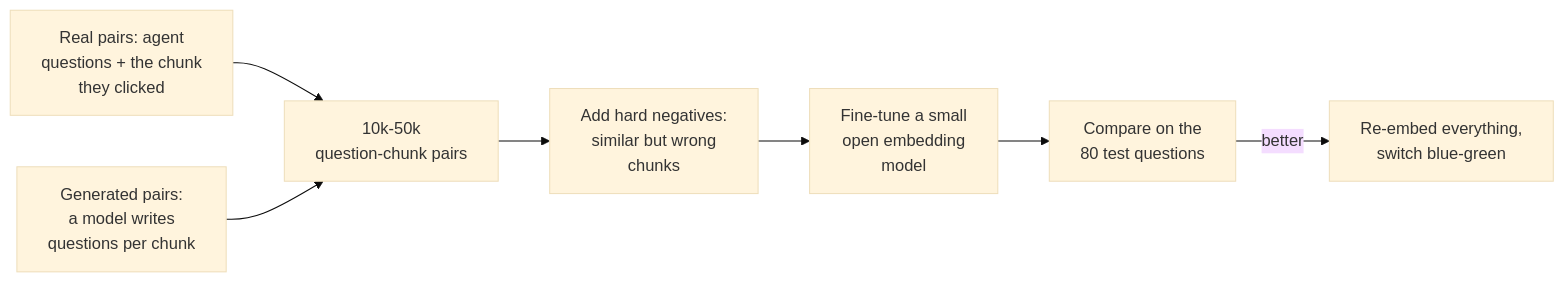
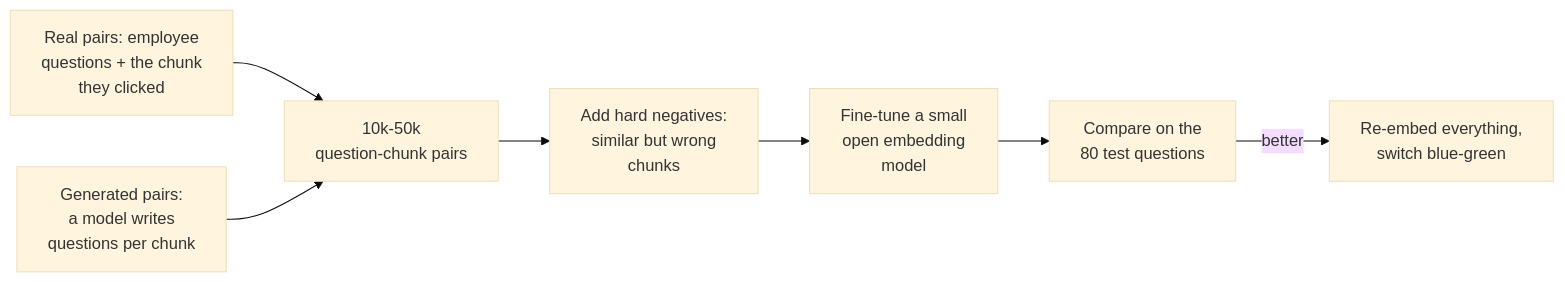
Before and after one commit to shubamchaudhary/CodeNITW: the eighth of 8 diagrams in src/Data/aiStackDocs/CH-02.md, drawn with Mermaid (base theme). The commit also changed other lines of this file and 32 other files, not shown here.

````diff
--- a/src/Data/aiStackDocs/CH-02.md
+++ b/src/Data/aiStackDocs/CH-02.md
@@ -275,9 +275,9 @@
 ```mermaid
 flowchart LR
-    S["Real pairs: agent<br/>questions + the chunk<br/>they clicked"] --> P["10k-50k<br/>question-chunk pairs"]
+    S["Real pairs: employee<br/>questions + the chunk<br/>they clicked"] --> P["10k-50k<br/>question-chunk pairs"]
     G["Generated pairs:<br/>a model writes<br/>questions per chunk"] --> P
     P --> HN["Add hard negatives:<br/>similar but wrong<br/>chunks"]
     HN --> T["Fine-tune a small<br/>open embedding<br/>model"]
     T --> E["Compare on the<br/>80 test questions"]
     E -->|"better"| R["Re-embed everything,<br/>switch blue-green"]
 ```
````
